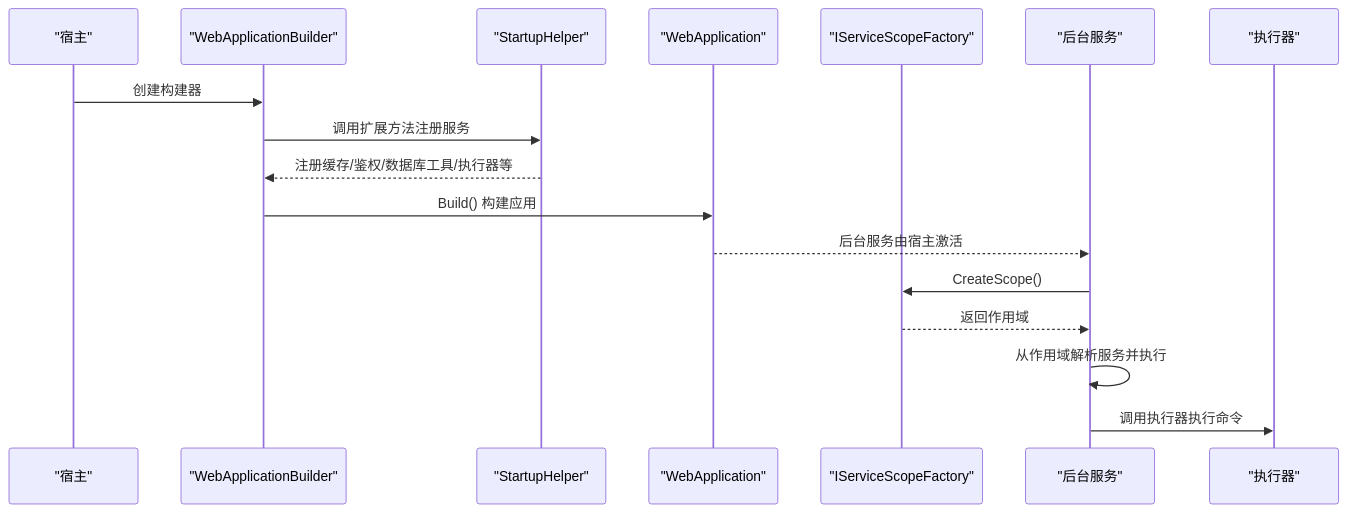
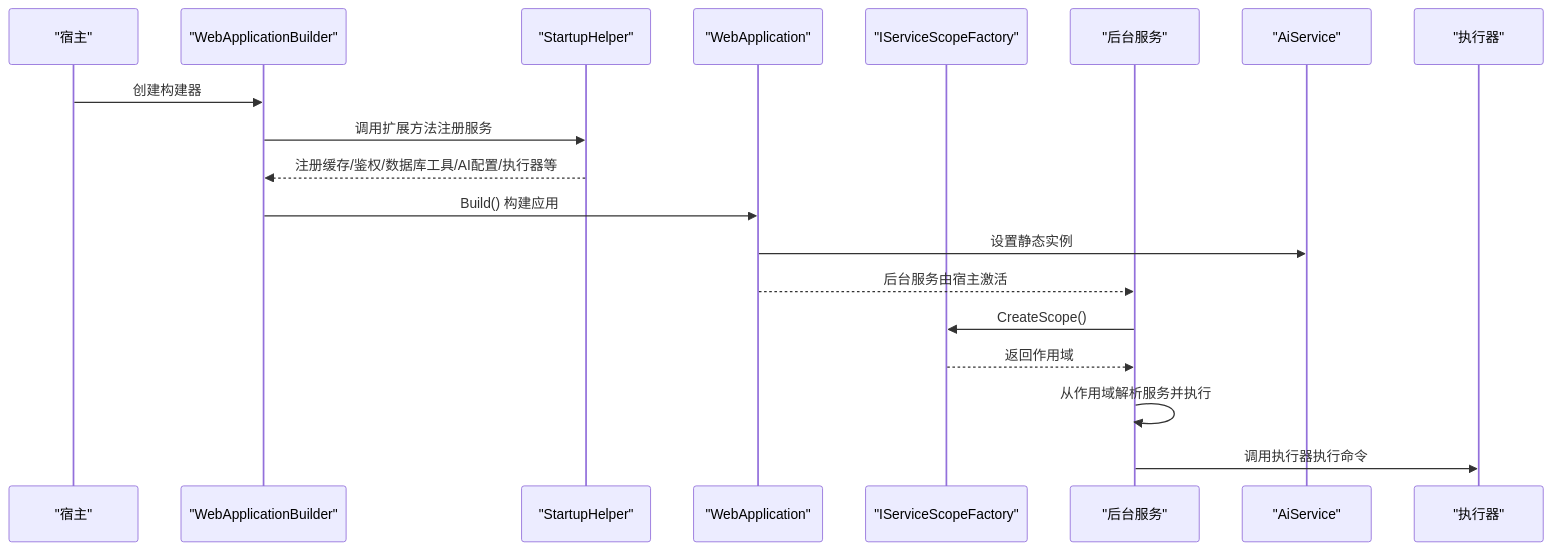
The second of 5 diagrams in .qoder/repowiki/zh/content/核心架构设计/依赖注入容器.md (Sosososolong/AirGo), drawn with Mermaid before and after one commit. The commit also changed other lines of this file and 12 other files, not shown here.

````diff
--- a/.qoder/repowiki/zh/content/核心架构设计/依赖注入容器.md
+++ b/.qoder/repowiki/zh/content/核心架构设计/依赖注入容器.md
@@ -100,19 +120,21 @@
 ```mermaid
 sequenceDiagram
 participant Host as "宿主"
 participant Builder as "WebApplicationBuilder"
 participant Helper as "StartupHelper"
 participant App as "WebApplication"
 participant ScopeFactory as "IServiceScopeFactory"
 participant BG as "后台服务"
+participant AiService as "AiService"
 participant Exec as "执行器"
 Host->>Builder : 创建构建器
 Builder->>Helper : 调用扩展方法注册服务
-Helper-->>Builder : 注册缓存/鉴权/数据库工具/执行器等
+Helper-->>Builder : 注册缓存/鉴权/数据库工具/AI配置/执行器等
 Builder->>App : Build() 构建应用
+App->>AiService : 设置静态实例
 App-->>BG : 后台服务由宿主激活
 BG->>ScopeFactory : CreateScope()
 ScopeFactory-->>BG : 返回作用域
 BG->>BG : 从作用域解析服务并执行
 BG->>Exec : 调用执行器执行命令
 ```
````
